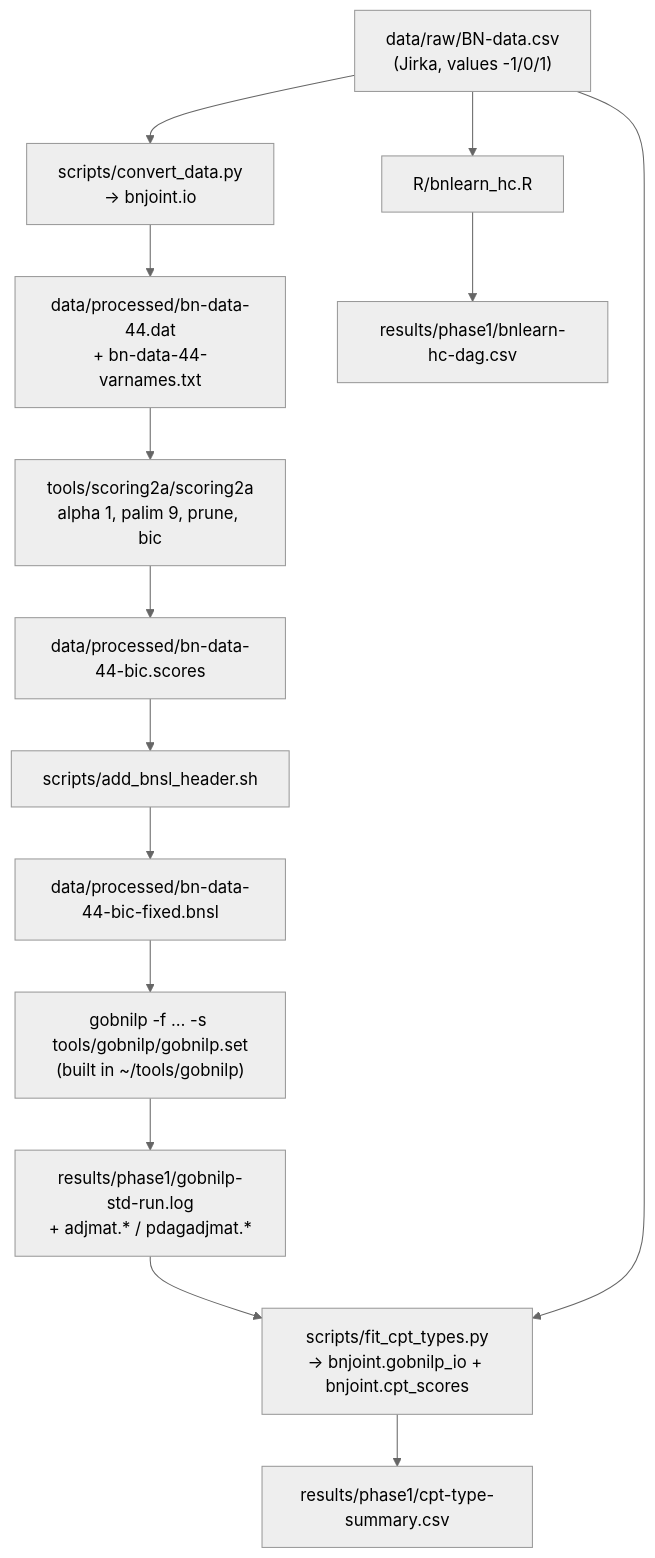
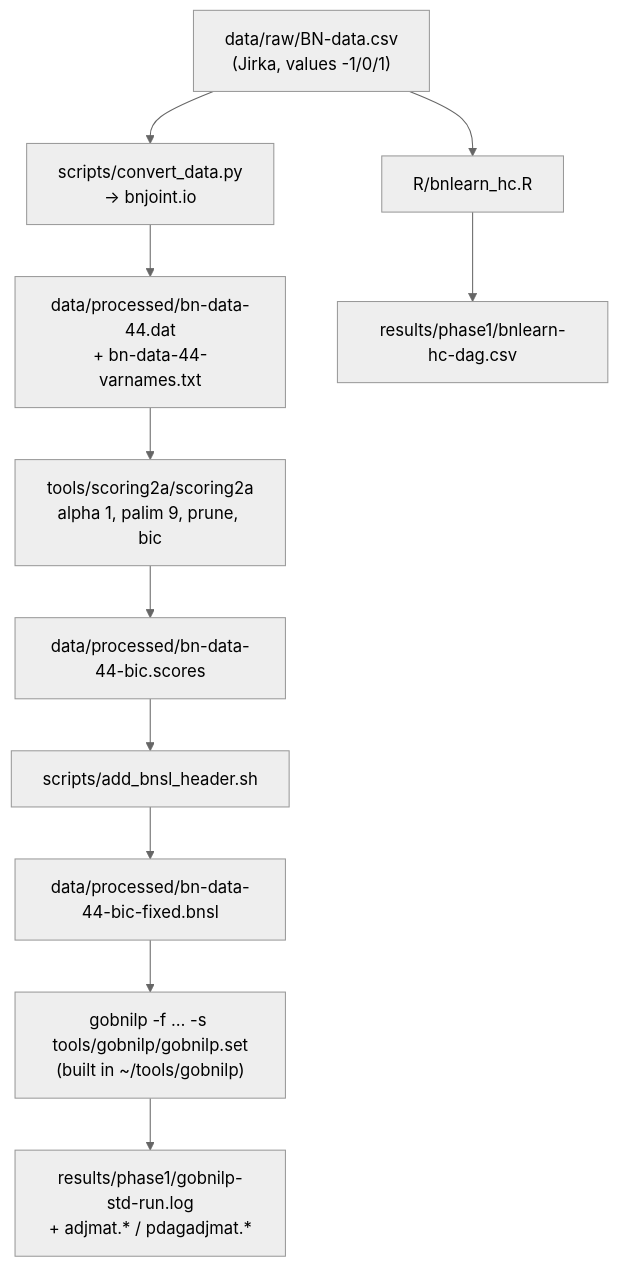
The first of 2 diagrams in docs/code-guide/ARCHITECTURE.md (p-anika/bn-joint-structure-cpt-learning), drawn with Mermaid (neutral theme) before and after one commit. The commit also changed other lines of this file and 38 other files, not shown here.

````diff
--- a/docs/code-guide/ARCHITECTURE.md
+++ b/docs/code-guide/ARCHITECTURE.md
@@ -9,20 +9,17 @@
 ```mermaid
 flowchart TD
     raw["data/raw/BN-data.csv<br/>(Jirka, values -1/0/1)"]
     conv["scripts/convert_data.py<br/>→ bnjoint.io"]
     dat["data/processed/bn-data-44.dat<br/>+ bn-data-44-varnames.txt"]
     s2a["tools/scoring2a/scoring2a<br/>alpha 1, palim 9, prune, bic"]
     scores["data/processed/bn-data-44-bic.scores"]
     hdr["scripts/add_bnsl_header.sh"]
     bnsl["data/processed/bn-data-44-bic-fixed.bnsl"]
     gob["gobnilp -f … -s tools/gobnilp/gobnilp.set<br/>(built in ~/tools/gobnilp)"]
     log["results/phase1/gobnilp-std-run.log<br/>+ adjmat.* / pdagadjmat.*"]
-    fit["scripts/fit_cpt_types.py<br/>→ bnjoint.gobnilp_io + bnjoint.cpt_scores"]
-    cpt["results/phase1/cpt-type-summary.csv"]
     hc["R/bnlearn_hc.R"]
     hcout["results/phase1/bnlearn-hc-dag.csv"]
 
-    raw --> conv --> dat --> s2a --> scores --> hdr --> bnsl --> gob --> log --> fit --> cpt
-    raw --> fit
+    raw --> conv --> dat --> s2a --> scores --> hdr --> bnsl --> gob --> log
     raw --> hc --> hcout
 ```
````
